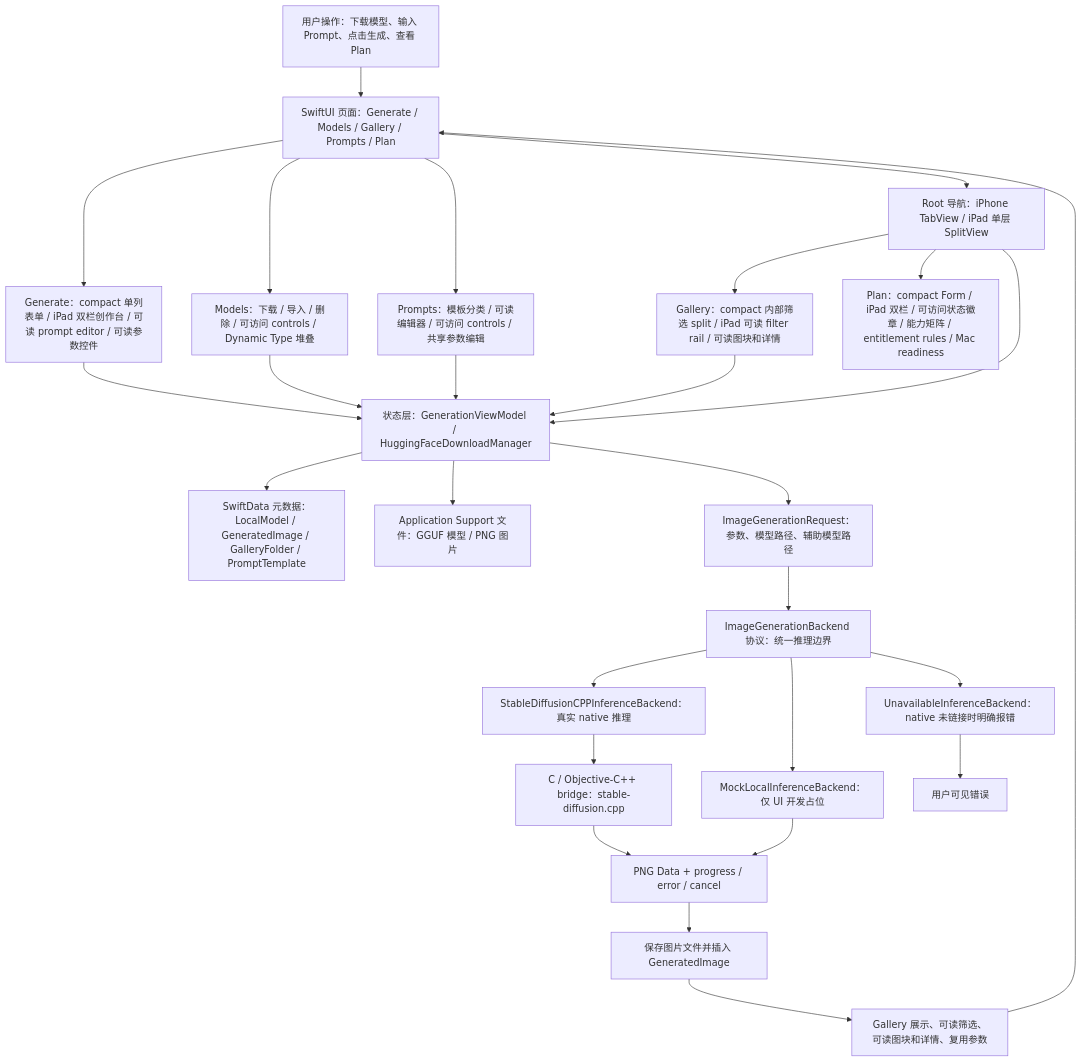
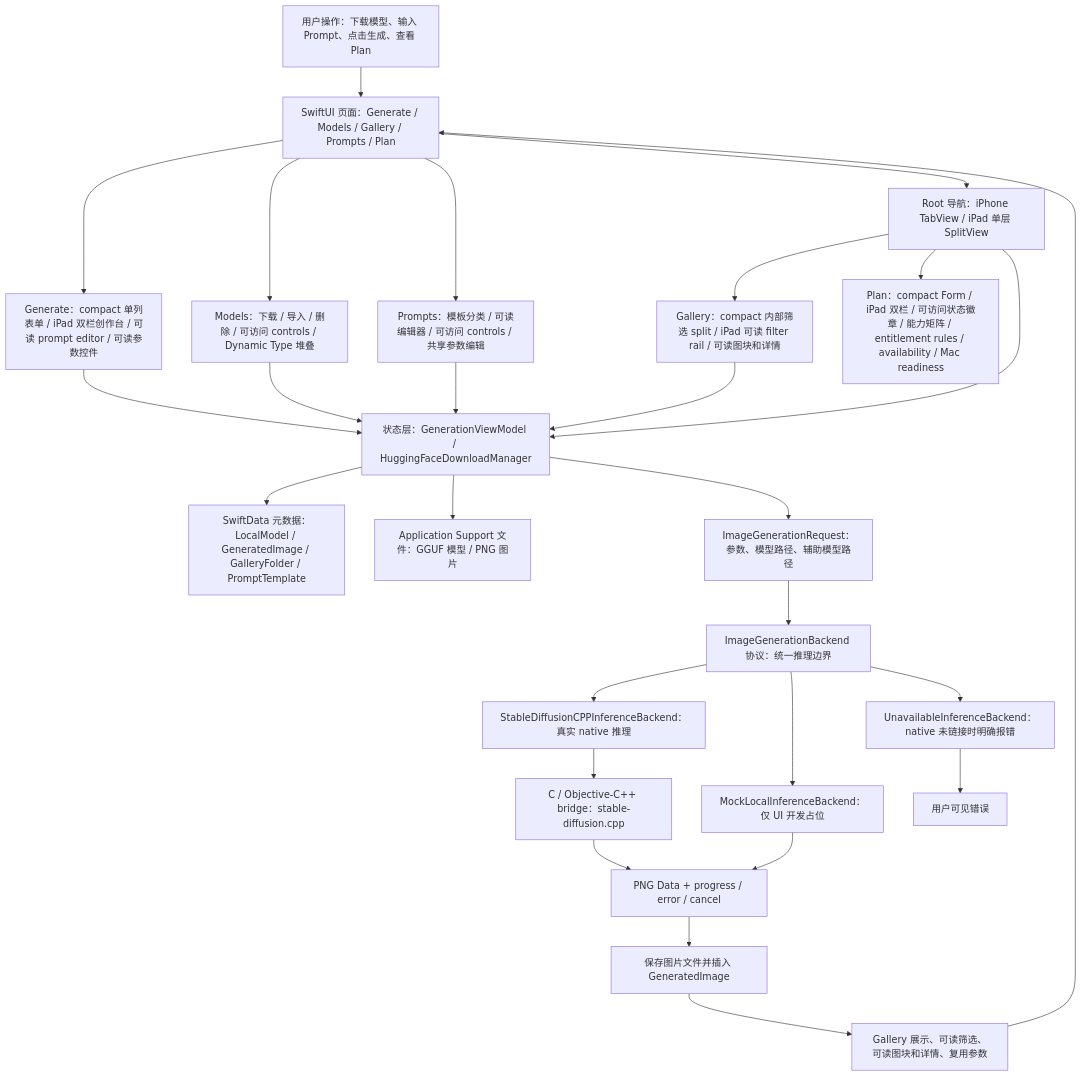
The first of 7 diagrams in md/flow/flowchart.md (Altman-sam114/118), drawn with Mermaid before and after one commit. The commit also changed 5 other files, not shown here.

First line of the commit message:
v1.19: Plan availability readability

````diff
--- a/md/flow/flowchart.md
+++ b/md/flow/flowchart.md
@@ -9,29 +9,29 @@
 ```mermaid
 flowchart TD
   U["用户操作：下载模型、输入 Prompt、点击生成、查看 Plan"] --> UI["SwiftUI 页面：Generate / Models / Gallery / Prompts / Plan"]
   UI --> GENUI["Generate：compact 单列表单 / iPad 双栏创作台 / 可读 prompt editor / 可读参数控件"]
   UI --> MODELUI["Models：下载 / 导入 / 删除 / 可访问 controls / Dynamic Type 堆叠"]
   UI --> PROMPTUI["Prompts：模板分类 / 可读编辑器 / 可访问 controls / 共享参数编辑"]
   UI --> NAV["Root 导航：iPhone TabView / iPad 单层 SplitView"]
   NAV --> GALUI["Gallery：compact 内部筛选 split / iPad 可读 filter rail / 可读图块和详情"]
-  NAV --> PLANUI["Plan：compact Form / iPad 双栏 / 可访问状态徽章 / 能力矩阵 / entitlement rules / Mac readiness"]
+  NAV --> PLANUI["Plan：compact Form / iPad 双栏 / 可访问状态徽章 / 能力矩阵 / entitlement rules / availability / Mac readiness"]
   NAV --> VM["状态层：GenerationViewModel / HuggingFaceDownloadManager"]
   GENUI --> VM
   MODELUI --> VM
   PROMPTUI --> VM
   GALUI --> VM
   VM --> SD["SwiftData 元数据：LocalModel / GeneratedImage / GalleryFolder / PromptTemplate"]
   VM --> FS["Application Support 文件：GGUF 模型 / PNG 图片"]
   VM --> REQ["ImageGenerationRequest：参数、模型路径、辅助模型路径"]
   REQ --> IFACE["ImageGenerationBackend 协议：统一推理边界"]
   IFACE --> NATIVE["StableDiffusionCPPInferenceBackend：真实 native 推理"]
   IFACE --> MOCK["MockLocalInferenceBackend：仅 UI 开发占位"]
   IFACE --> OFF["UnavailableInferenceBackend：native 未链接时明确报错"]
   NATIVE --> BRIDGE["C / Objective-C++ bridge：stable-diffusion.cpp"]
   BRIDGE --> PNG["PNG Data + progress / error / cancel"]
   MOCK --> PNG
   OFF --> ERR["用户可见错误"]
   PNG --> SAVE["保存图片文件并插入 GeneratedImage"]
   SAVE --> GALLERY["Gallery 展示、可读筛选、可读图块和详情、复用参数"]
   GALLERY --> UI
 ```
````
